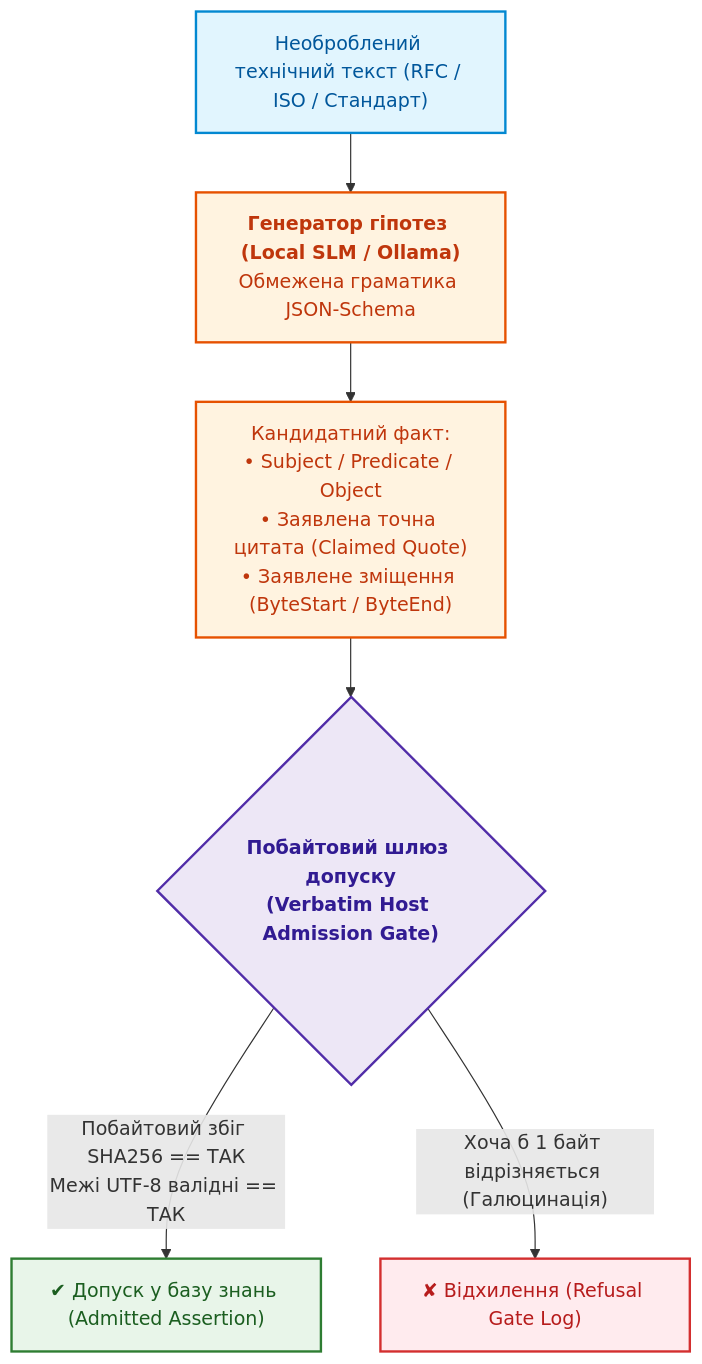
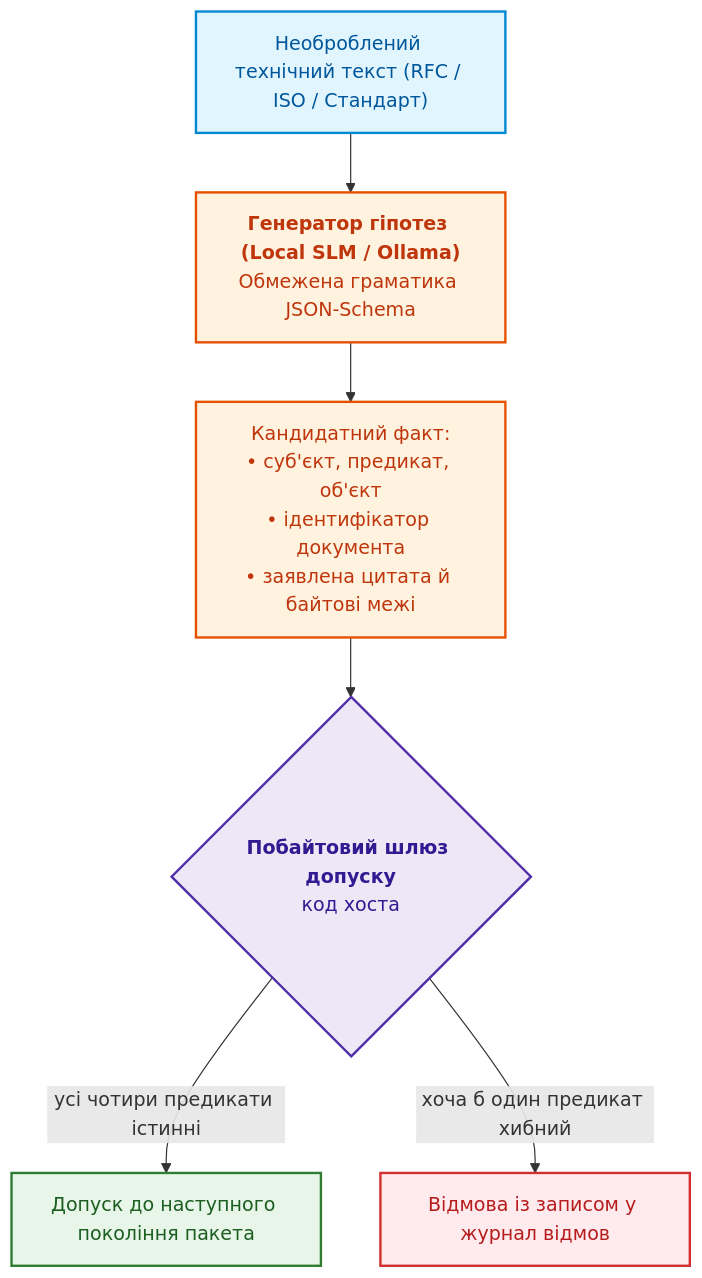
Before and after one commit to nick-fedchik/articles: the seventh of 7 diagrams in ExpertSystem/ch32-high-performance-knowledge-packs-mmap-and-harvesting.md, drawn with Mermaid. The commit also changed other lines of this file and 43 other files, not shown here.

````diff
--- a/ExpertSystem/ch32-high-performance-knowledge-packs-mmap-and-harvesting.md
+++ b/ExpertSystem/ch32-high-performance-knowledge-packs-mmap-and-harvesting.md
@@ -686,26 +861,26 @@
 ```mermaid
 flowchart TD
-    accTitle: Конвеєр автономного нейро-символьного харвестингу
+    accTitle: Конвеєр нейро-символьного збагачення бази знань
     accDescr: Взаємодія локальної SLM та строгого побайтового шлюзу допуску.
 
     RAW_DOC["Необроблений технічний текст (RFC / ISO / Стандарт)"] --> SLM["<b>Генератор гіпотез (Local SLM / Ollama)</b><br/>Обмежена граматика JSON-Schema"]
 
-    SLM --> CAND["Кандидатний факт:<br/>• Subject / Predicate / Object<br/>• Заявлена точна цитата (Claimed Quote)<br/>• Заявлене зміщення (ByteStart / ByteEnd)"]
+    SLM --> CAND["Кандидатний факт:<br/>• суб'єкт, предикат, об'єкт<br/>• ідентифікатор документа<br/>• заявлена цитата й байтові межі"]
 
-    CAND --> GATE{"<b>Побайтовий шлюз допуску<br/>(Verbatim Host Admission Gate)</b>"}
+    CAND --> GATE{"<b>Побайтовий шлюз допуску</b><br/>код хоста"}
 
-    GATE -- "Побайтовий збіг SHA256 == ТАК<br/>Межі UTF-8 валідні == ТАК" --> ACCEPT["✔ Допуск у базу знань (Admitted Assertion)"]
-    GATE -- "Хоча б 1 байт відрізняється (Галюцинація)" --> REJECT["✘ Відхилення (Refusal Gate Log)"]
+    GATE -- "усі чотири предикати істинні" --> ACCEPT["Допуск до наступного покоління пакета"]
+    GATE -- "хоча б один предикат хибний" --> REJECT["Відмова із записом у журнал відмов"]
 
     classDef doc fill:#e1f5fe,stroke:#0288d1,stroke-width:2px,color:#01579b;
     classDef slm fill:#fff3e0,stroke:#e65100,stroke-width:2px,color:#bf360c;
     classDef gate fill:#ede7f6,stroke:#512da8,stroke-width:2px,color:#311b92;
     classDef acc fill:#e8f5e9,stroke:#2e7d32,stroke-width:2px,color:#1b5e20;
     classDef rej fill:#ffebee,stroke:#d32f2f,stroke-width:2px,color:#b71c1c;
 
     class RAW_DOC doc;
     class SLM,CAND slm;
     class GATE gate;
     class ACCEPT acc;
     class REJECT rej;
 ```
````
